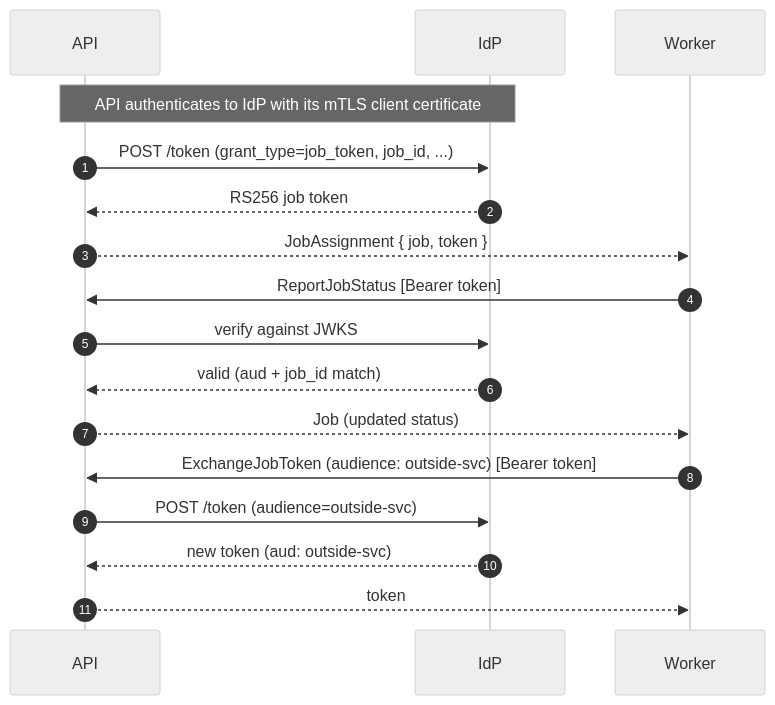
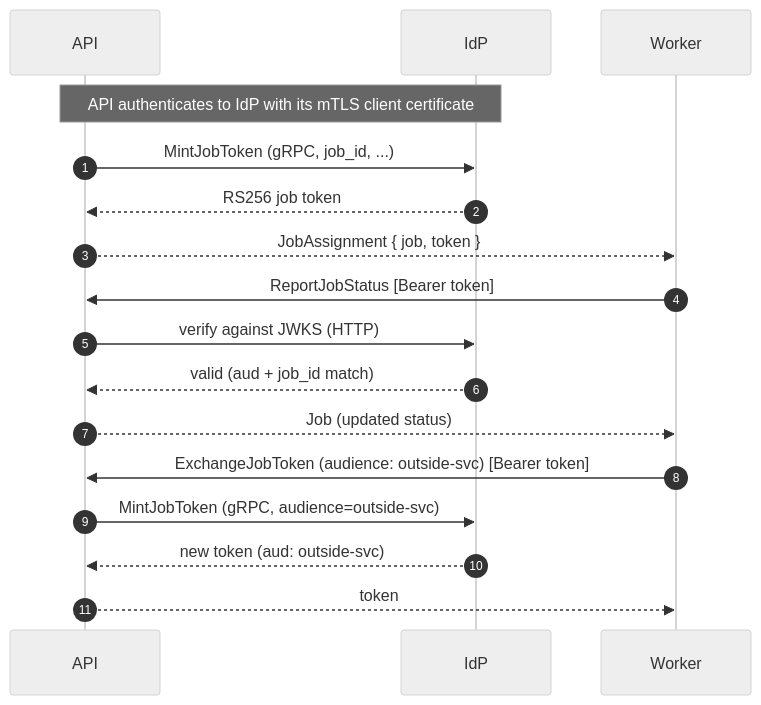
The eighth of 10 diagrams in docs/Architecture.md (EdwardCooke/cdrom), drawn with Mermaid (neutral theme) before and after one commit. The commit also changed other lines of this file and 22 other files, not shown here.

````diff
--- a/docs/Architecture.md
+++ b/docs/Architecture.md
@@ -754,20 +757,20 @@
 ```mermaid
 sequenceDiagram
     autonumber
     participant API as API
     participant IDP as IdP
     participant W as Worker
 
     Note over API,IDP: API authenticates to IdP with its mTLS client certificate
-    API->>IDP: POST /token (grant_type=job_token, job_id, ...)
+    API->>IDP: MintJobToken (gRPC, job_id, ...)
     IDP-->>API: RS256 job token
     API-->>W: JobAssignment { job, token }
     W->>API: ReportJobStatus [Bearer token]
-    API->>IDP: verify against JWKS
+    API->>IDP: verify against JWKS (HTTP)
     IDP-->>API: valid (aud + job_id match)
     API-->>W: Job (updated status)
     W->>API: ExchangeJobToken (audience: outside-svc) [Bearer token]
-    API->>IDP: POST /token (audience=outside-svc)
+    API->>IDP: MintJobToken (gRPC, audience=outside-svc)
     IDP-->>API: new token (aud: outside-svc)
     API-->>W: token
 ```
````
